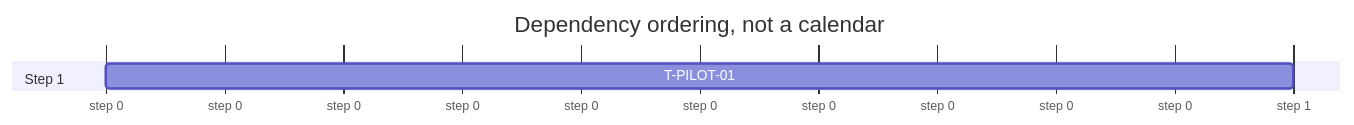
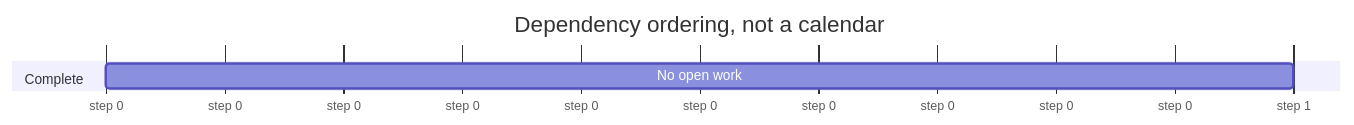
One commit to qomero/prokron changed the diagram in .prokron/compiled/timeline.mmd. Above: the diagram before and after it, drawn with Mermaid. The commit also changed 26 other files, not shown here.

First line of the commit message:
feat: complete the continuity pilot and close Phase 1

```diff
--- a/.prokron/compiled/timeline.mmd
+++ b/.prokron/compiled/timeline.mmd
@@ -1,9 +1,9 @@
 ---
 displayMode: compact
 ---
 gantt
     title Dependency ordering, not a calendar
     dateFormat X
     axisFormat step %s
-    section Step 1
-    T-PILOT-01 : 0, 1
+    section Complete
+    No open work : 0, 1
```
